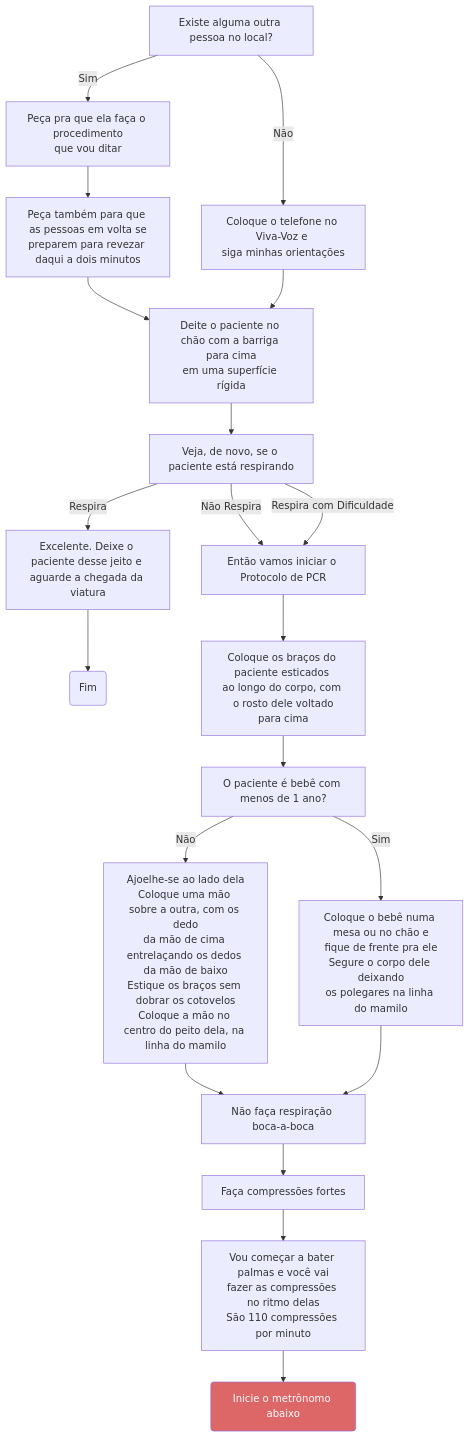
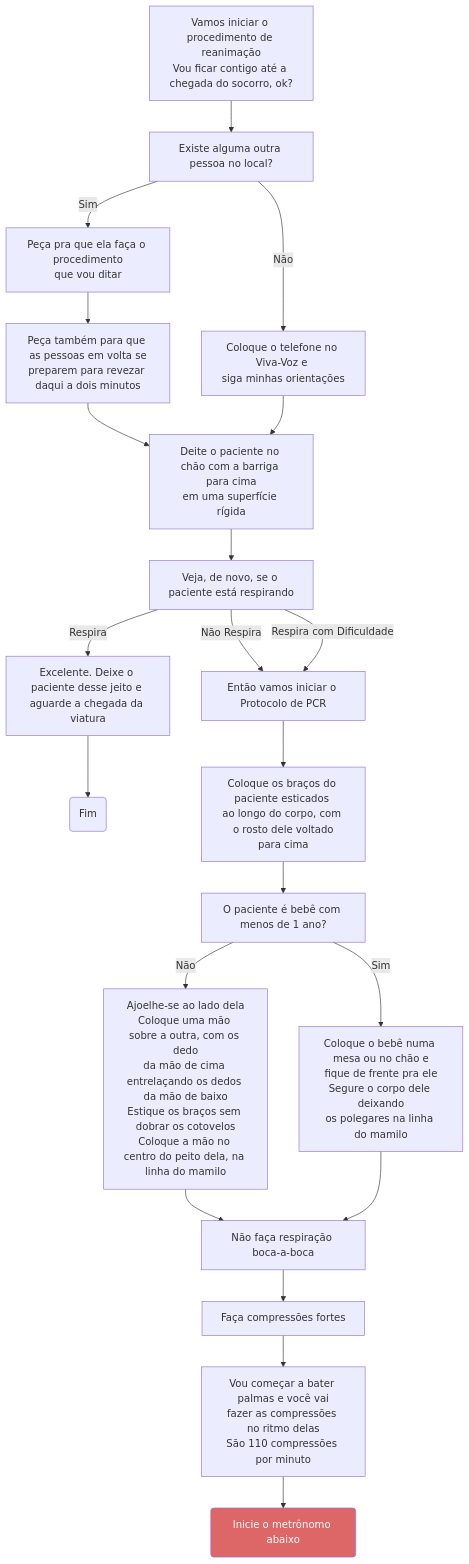
The first of 2 diagrams in docs/operacoes/pcr.mdx (winstein27/protocolo-193), drawn with Mermaid before and after one commit. The commit also changed 7 other files, not shown here.

````diff
--- a/docs/operacoes/pcr.mdx
+++ b/docs/operacoes/pcr.mdx
@@ -9,28 +9,29 @@
 ```mermaid
 graph TD;
-    existe_outra_pessoa[Existe alguma outra pessoa no local?]-->|Sim|pedir_fazer_procedimento[Peça pra que ela faça o procedimento\nque vou ditar]
+    inicio[Vamos iniciar o procedimento de reanimação\nVou ficar contigo até a chegada do socorro, ok?]
+    inicio --> existe_outra_pessoa[Existe alguma outra pessoa no local?]-->|Sim|pedir_fazer_procedimento[Peça pra que ela faça o procedimento\nque vou ditar]
     pedir_fazer_procedimento --> pedir_revezamento[Peça também para que as pessoas em volta se\npreparem para revezar daqui a dois minutos]
     existe_outra_pessoa -->|Não| colocar_viva_voz[Coloque o telefone no Viva-Voz e \nsiga minhas orientações]
     pedir_revezamento --> deitar_paciente[Deite o paciente no chão com a barriga para cima\nem uma superfície rígida]
     colocar_viva_voz --> deitar_paciente
     deitar_paciente --> verificar_respiracao[Veja, de novo, se o paciente está respirando]
     verificar_respiracao -->|Respira|aguardar_viatura[Excelente. Deixe o paciente desse jeito e \naguarde a chegada da viatura]
     verificar_respiracao -->|Não Respira|iniciar_protocolo_pcr[Então vamos iniciar o Protocolo de PCR]
     verificar_respiracao -->|Respira com Dificuldade|iniciar_protocolo_pcr
     aguardar_viatura --> fim_atendimento(Fim)
     iniciar_protocolo_pcr --> posicionar_bracos[Coloque os braços do paciente esticados \nao longo do corpo, com o rosto dele voltado\npara cima]
     posicionar_bracos --> verificar_idade[O paciente é bebê com menos de 1 ano?]
     verificar_idade --> |Não|posicionar_adulto[Ajoelhe-se ao lado dela\nColoque uma mão sobre a outra, com os dedo\nda mão de cima entrelaçando os dedos da mão de baixo\nEstique os braços sem dobrar os cotovelos\nColoque a mão no centro do peito dela, na linha do mamilo]
     verificar_idade --> |Sim|posicionar_bebe[Coloque o bebê numa mesa ou no chão e\nfique de frente pra ele\nSegure o corpo dele deixando\nos polegares na linha do mamilo]
     posicionar_adulto --> orientacao_boca_boca[Não faça respiração boca-a-boca]
     posicionar_bebe --> orientacao_boca_boca
     orientacao_boca_boca --> orientacao_compressoes[Faça compressões fortes]
     orientacao_compressoes --> orientar_compressoes[Vou começar a bater palmas e você vai\nfazer as compressões no ritmo delas\nSão 110 compressões por minuto]
     orientar_compressoes --> abrir_metronomo(Inicie o metrônomo abaixo):::atendente
 
     classDef atendente fill:#d66, color:#fff
     classDef link fill:#33d, color:#fff
     click abrir_metronomo "#iniciar-metrônomo" "Metrônomo"
     click aguardar_viatura_2 "../." "Retornar" _blank
 
 ```
````
